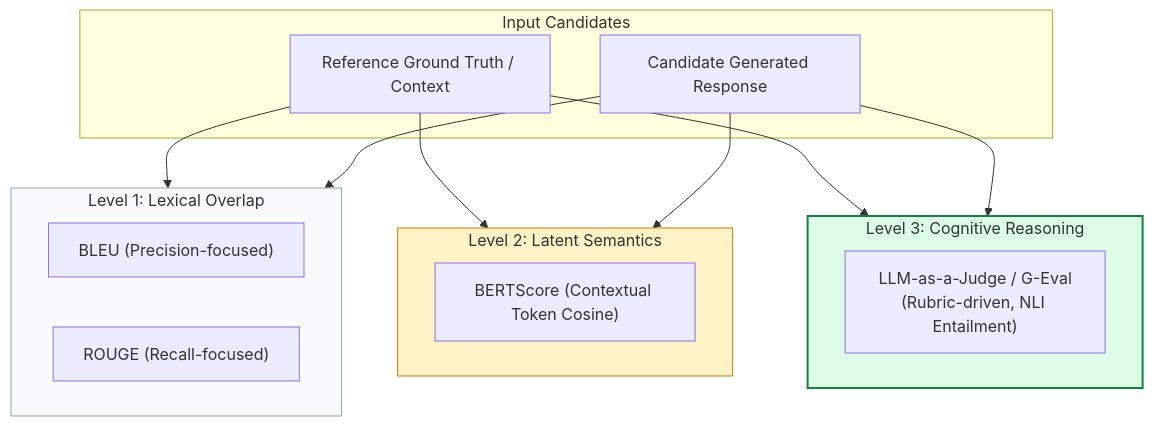
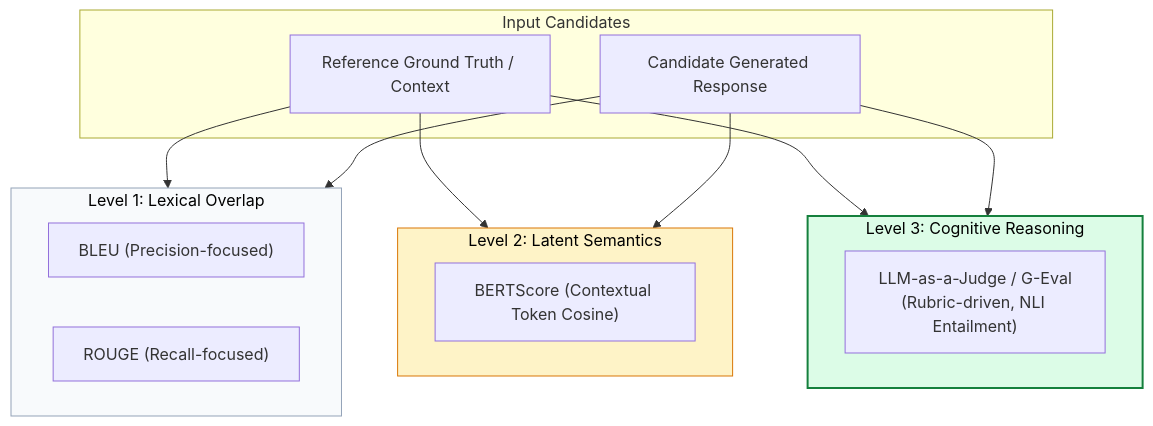
The first of 3 diagrams in 08-RAG-Evaluation-and-Optimization/Generation-Metrics.md (swapnil3104/RAG-Engineering), drawn with Mermaid before and after one commit. The commit also changed other lines of this file and 108 other files, not shown here.

Commit message:
fix: make chart text visible across all Mermaid diagrams and resolve markdown table formatting issues

````diff
--- a/08-RAG-Evaluation-and-Optimization/Generation-Metrics.md
+++ b/08-RAG-Evaluation-and-Optimization/Generation-Metrics.md
@@ -30,31 +30,31 @@
 ```mermaid
 flowchart TD
     subgraph InputData ["Input Candidates"]
         Ref["Reference Ground Truth / Context"]
         Gen["Candidate Generated Response"]
     end
 
     subgraph Level1 ["Level 1: Lexical Overlap"]
         BLEU["BLEU (Precision-focused)"]
         ROUGE["ROUGE (Recall-focused)"]
     end
 
     subgraph Level2 ["Level 2: Latent Semantics"]
         BERTScore["BERTScore (Contextual Token Cosine)"]
     end
 
     subgraph Level3 ["Level 3: Cognitive Reasoning"]
         LLMJudge["LLM-as-a-Judge / G-Eval<br/>(Rubric-driven, NLI Entailment)"]
     end
 
     Ref --> Level1
     Gen --> Level1
     Ref --> Level2
     Gen --> Level2
     Ref --> Level3
     Gen --> Level3
 
-    style Level1 fill:#f8fafc,stroke:#94a3b8
-    style Level2 fill:#fef3c7,stroke:#d97706
-    style Level3 fill:#dcfce7,stroke:#15803d,stroke-width:2px
+    style Level1 fill:#f8fafc,stroke:#94a3b8,color:#000000
+    style Level2 fill:#fef3c7,stroke:#d97706,color:#000000
+    style Level3 fill:#dcfce7,stroke:#15803d,stroke-width:2px,color:#000000
 ```
````
